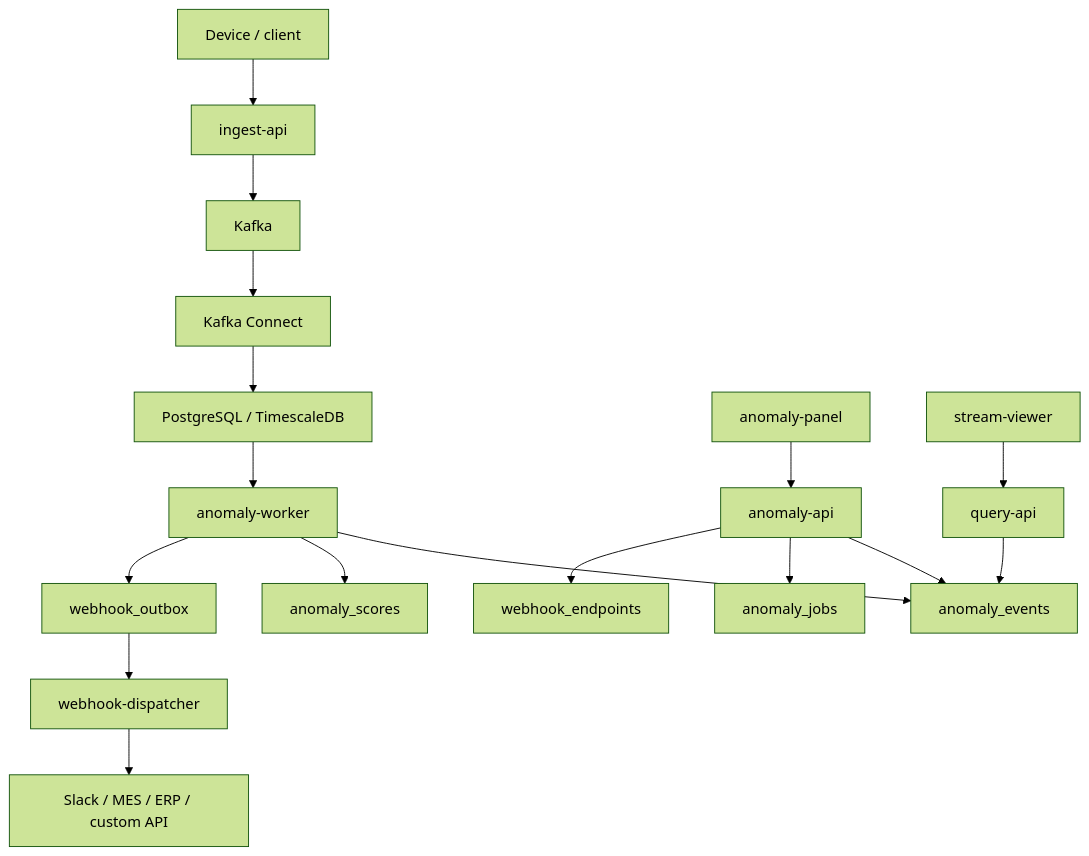
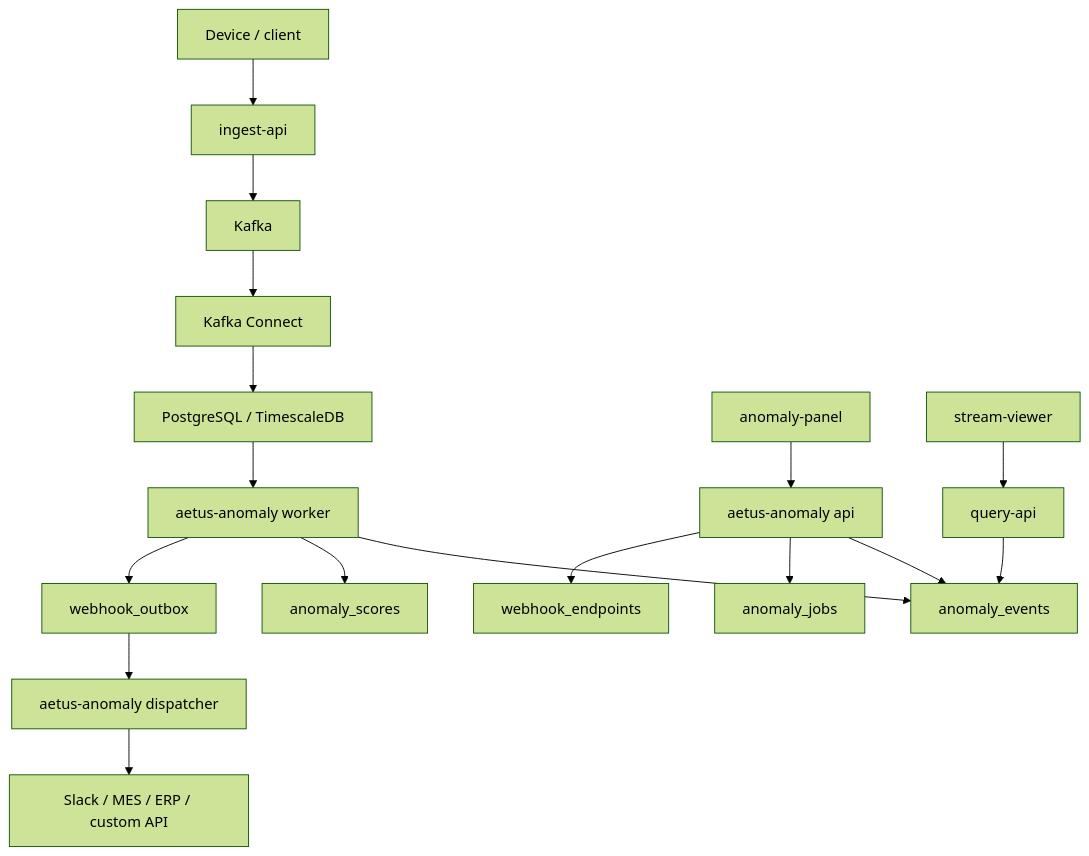
Before and after one commit to donghoonpark/aetus: the second of 4 diagrams in docs/11-anomaly-detection-service.md, drawn with Mermaid (forest theme). The commit also changed other lines of this file and 1 other file, not shown here.

Commit message:
Choose Rust for anomaly service

````diff
--- a/docs/11-anomaly-detection-service.md
+++ b/docs/11-anomaly-detection-service.md
@@ -63,22 +64,22 @@
 ```mermaid
 flowchart TB
     Device["Device / client"] --> Ingest["ingest-api"]
     Ingest --> Kafka["Kafka"]
     Kafka --> Connect["Kafka Connect"]
     Connect --> Storage["PostgreSQL / TimescaleDB"]
 
-    Storage --> Worker["anomaly-worker"]
+    Storage --> Worker["aetus-anomaly worker"]
     Worker --> Events["anomaly_events"]
     Worker --> Scores["anomaly_scores"]
     Worker --> Outbox["webhook_outbox"]
 
-    Outbox --> Dispatcher["webhook-dispatcher"]
+    Outbox --> Dispatcher["aetus-anomaly dispatcher"]
     Dispatcher --> External["Slack / MES / ERP / custom API"]
 
-    API["anomaly-api"] --> Events
+    API["aetus-anomaly api"] --> Events
     API --> Jobs["anomaly_jobs"]
     API --> Webhooks["webhook_endpoints"]
     Panel["anomaly-panel"] --> API
     Query["query-api"] --> Events
     Viewer["stream-viewer"] --> Query
 ```
````
